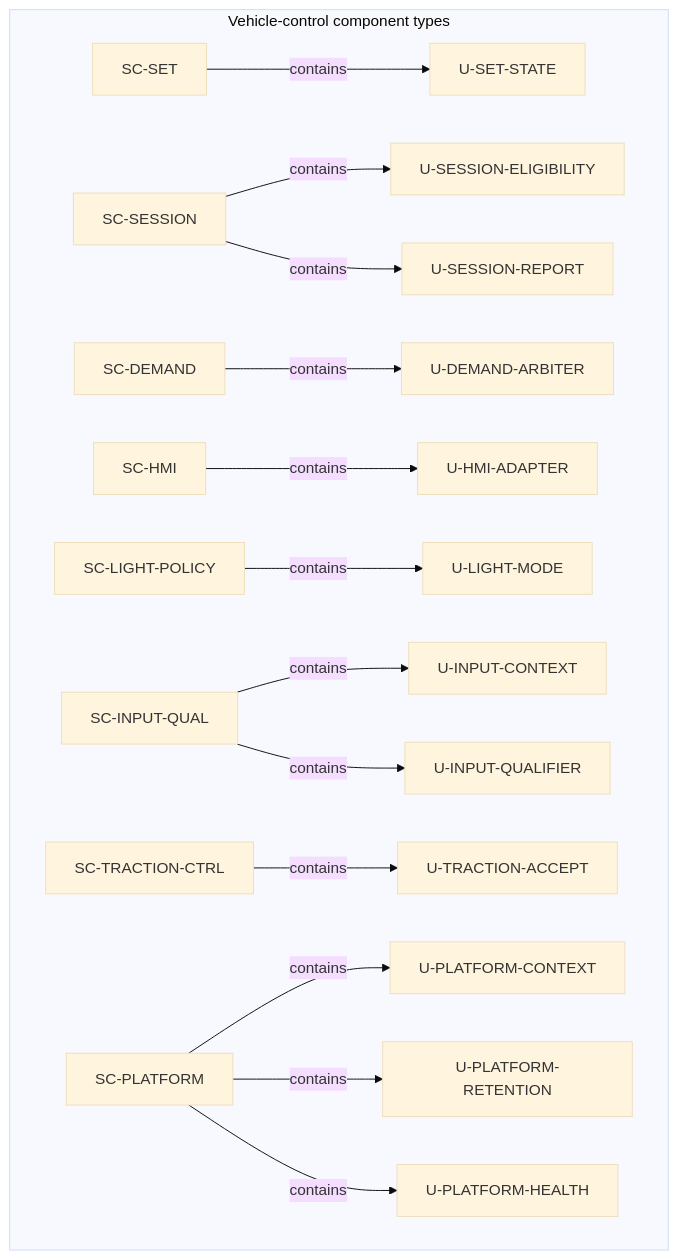
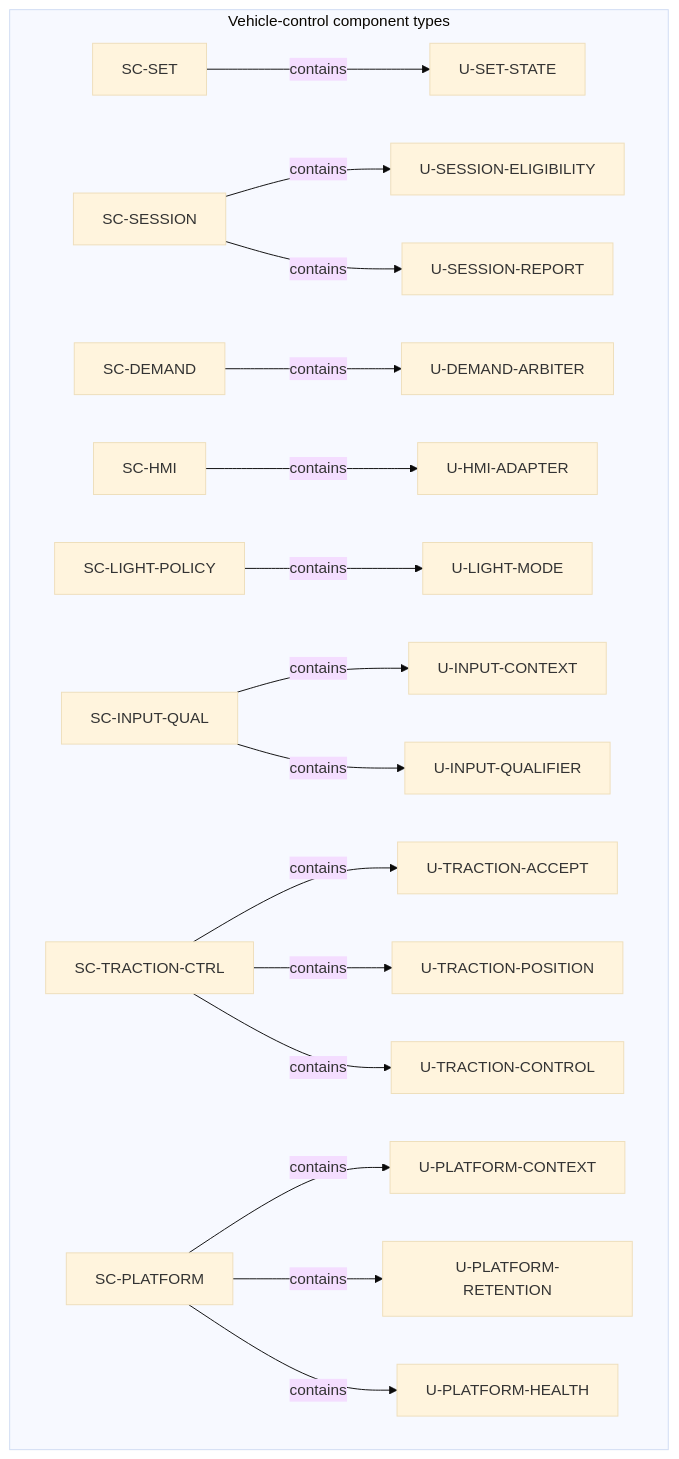
The first of 5 diagrams in .devenv/Detailed_Design/DD-003_Static_Software_Architecture_Views.md (dhellhake/X2CityMCU), drawn with Mermaid (base theme) before and after one commit. The commit also changed other lines of this file and 19 other files, not shown here.

````diff
--- a/.devenv/Detailed_Design/DD-003_Static_Software_Architecture_Views.md
+++ b/.devenv/Detailed_Design/DD-003_Static_Software_Architecture_Views.md
@@ -15,17 +15,19 @@
 ```mermaid
 flowchart TB
     subgraph V[Vehicle-control component types]
         SET[SC-SET] -->|contains| US[U-SET-STATE]
         SESSION[SC-SESSION] -->|contains| USE[U-SESSION-ELIGIBILITY]
         SESSION -->|contains| USR[U-SESSION-REPORT]
         DEMAND[SC-DEMAND] -->|contains| UDA[U-DEMAND-ARBITER]
         HMI[SC-HMI] -->|contains| UHA[U-HMI-ADAPTER]
         LIGHT[SC-LIGHT-POLICY] -->|contains| ULM[U-LIGHT-MODE]
         INPUT[SC-INPUT-QUAL] -->|contains| UIC[U-INPUT-CONTEXT]
         INPUT -->|contains| UIQ[U-INPUT-QUALIFIER]
         TRACTION[SC-TRACTION-CTRL] -->|contains| UTA[U-TRACTION-ACCEPT]
+        TRACTION -->|contains| UTP[U-TRACTION-POSITION]
+        TRACTION -->|contains| UTC[U-TRACTION-CONTROL]
         PLATFORM[SC-PLATFORM] -->|contains| UPC[U-PLATFORM-CONTEXT]
         PLATFORM -->|contains| UPR[U-PLATFORM-RETENTION]
         PLATFORM -->|contains| UPH[U-PLATFORM-HEALTH]
     end
 ```
````
